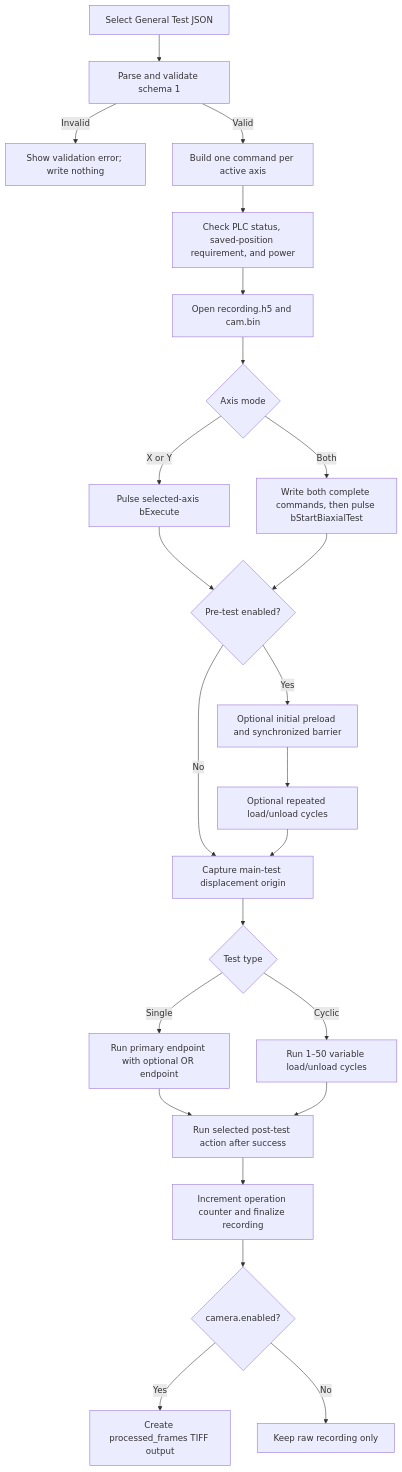
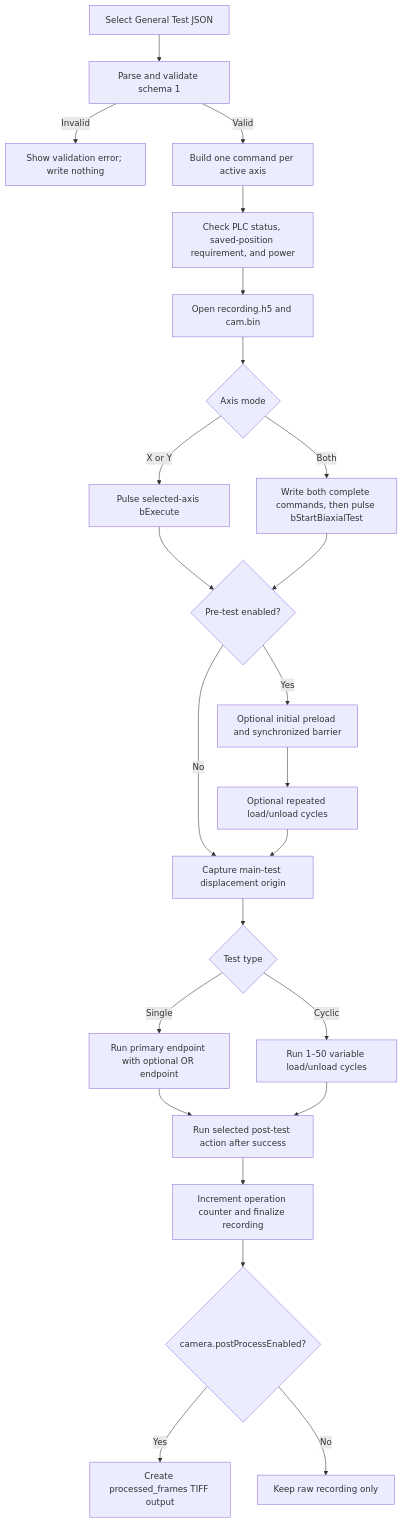
The diagram in aorty/examples/generalTestReadme.md (dogrinator/codebase), drawn with Mermaid before and after one commit. The commit also changed other lines of this file and 24 other files, not shown here.

````diff
--- a/aorty/examples/generalTestReadme.md
+++ b/aorty/examples/generalTestReadme.md
@@ -27,26 +27,26 @@
 ```mermaid
 flowchart TD
     File["Select General Test JSON"] --> Parse["Parse and validate schema 1"]
     Parse -->|Invalid| Reject["Show validation error; write nothing"]
     Parse -->|Valid| Map["Build one command per active axis"]
     Map --> Ready["Check PLC status, saved-position requirement, and power"]
     Ready --> Record["Open recording.h5 and cam.bin"]
     Record --> Start{"Axis mode"}
     Start -->|X or Y| SingleStart["Pulse selected-axis bExecute"]
     Start -->|Both| BothStart["Write both complete commands, then pulse bStartBiaxialTest"]
     SingleStart --> Pre{"Pre-test enabled?"}
     BothStart --> Pre
     Pre -->|Yes| Preload["Optional initial preload and synchronized barrier"]
     Preload --> PreCycles["Optional repeated load/unload cycles"]
     Pre -->|No| Origin["Capture main-test displacement origin"]
     PreCycles --> Origin
     Origin --> Main{"Test type"}
     Main -->|Single| Single["Run primary endpoint with optional OR endpoint"]
     Main -->|Cyclic| Cyclic["Run 1–50 variable load/unload cycles"]
     Single --> Post["Run selected post-test action after success"]
     Cyclic --> Post
     Post --> Finish["Increment operation counter and finalize recording"]
-    Finish --> Tiff{"camera.enabled?"}
+    Finish --> Tiff{"camera.postProcessEnabled?"}
     Tiff -->|Yes| Process["Create processed_frames TIFF output"]
     Tiff -->|No| Raw["Keep raw recording only"]
 ```
````
